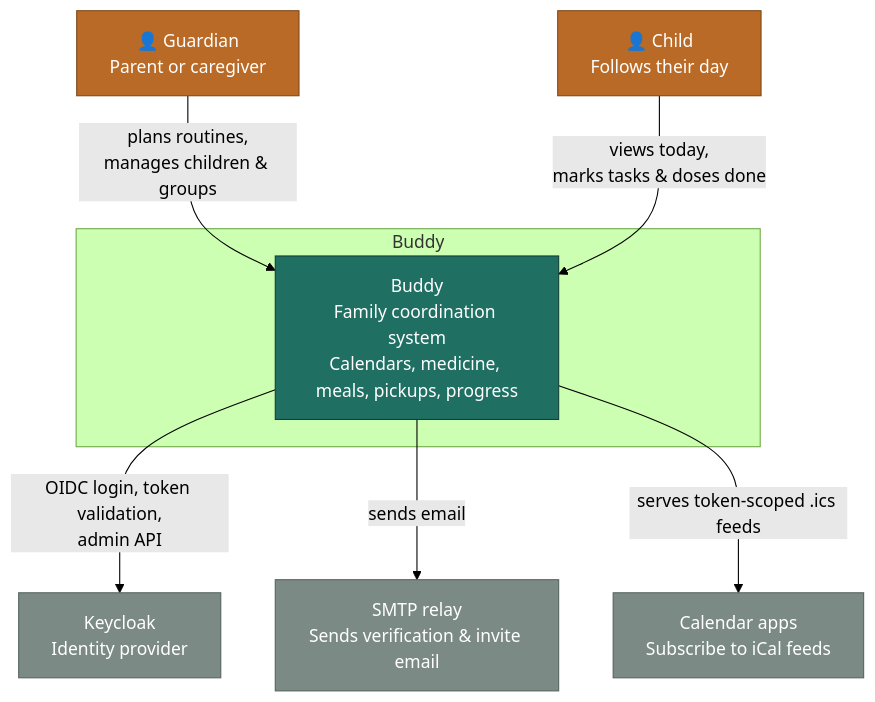
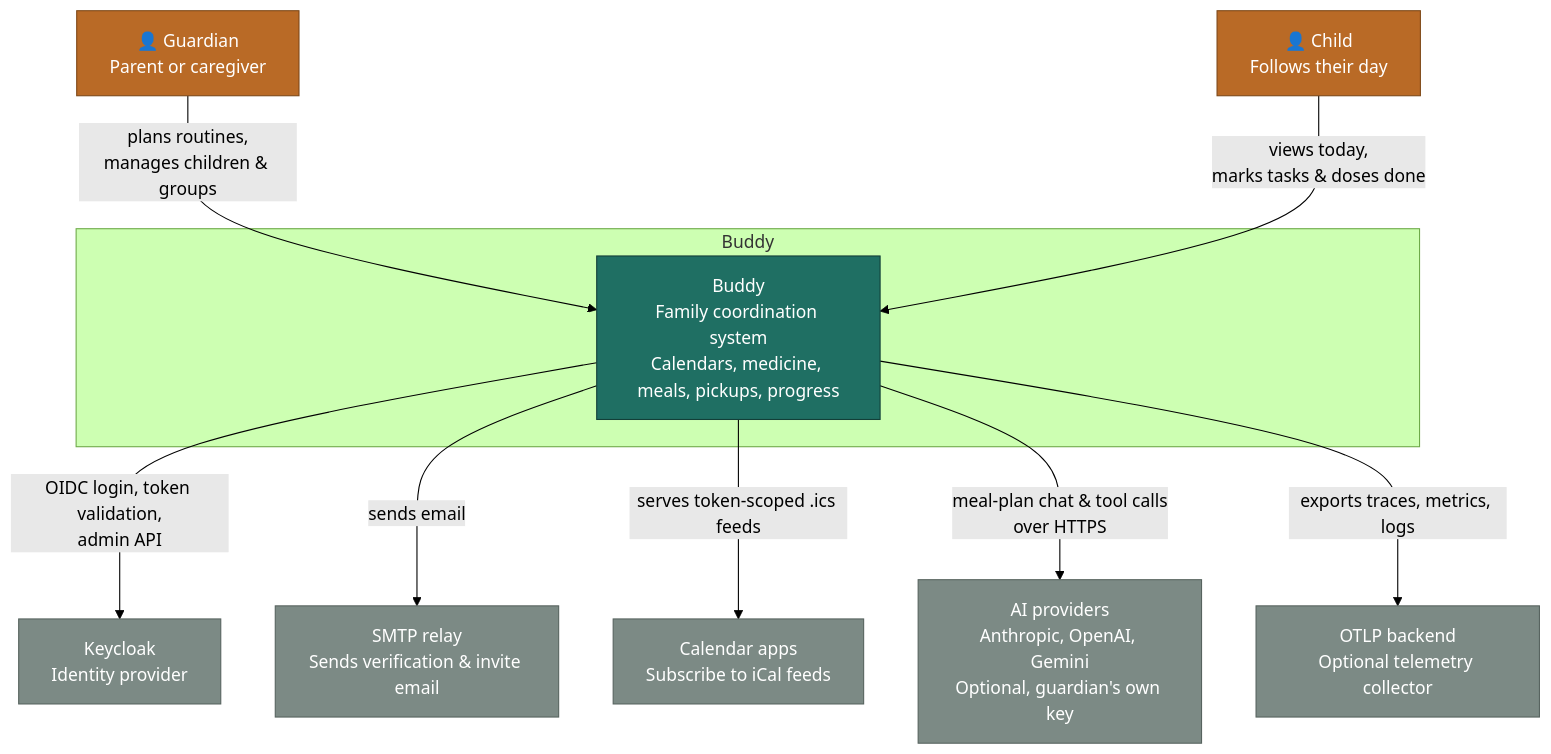
Before and after one commit to kimipsen/buddy: the first of 2 diagrams in docs/architecture.md, drawn with Mermaid (forest theme). The commit also changed other lines of this file, not shown here.

Commit message:
feat(architecture): update system context to include AI providers and telemetry options

````diff
--- a/docs/architecture.md
+++ b/docs/architecture.md
@@ -14,23 +17,27 @@
 ```mermaid
 flowchart TB
     guardian["👤 Guardian<br/>Parent or caregiver"]:::person
     child["👤 Child<br/>Follows their day"]:::person
 
     subgraph boundary["Buddy"]
         buddy["Buddy<br/>Family coordination system<br/>Calendars, medicine, meals, pickups, progress"]:::system
     end
 
     keycloak["Keycloak<br/>Identity provider"]:::external
     smtp["SMTP relay<br/>Sends verification & invite email"]:::external
     icalClients["Calendar apps<br/>Subscribe to iCal feeds"]:::external
+    ai["AI providers<br/>Anthropic, OpenAI, Gemini<br/>Optional, guardian's own key"]:::external
+    otel["OTLP backend<br/>Optional telemetry collector"]:::external
 
     guardian -- "plans routines,<br/>manages children & groups" --> buddy
     child -- "views today,<br/>marks tasks & doses done" --> buddy
     buddy -- "OIDC login, token validation,<br/>admin API" --> keycloak
     buddy -- "sends email" --> smtp
     buddy -- "serves token-scoped .ics feeds" --> icalClients
+    buddy -- "meal-plan chat & tool calls<br/>over HTTPS" --> ai
+    buddy -- "exports traces, metrics, logs" --> otel
 
     classDef person fill:#B96A26,stroke:#7E4818,color:#ffffff;
     classDef system fill:#1F6F63,stroke:#123F38,color:#ffffff;
     classDef external fill:#7C8A85,stroke:#57635F,color:#ffffff;
 ```
````
